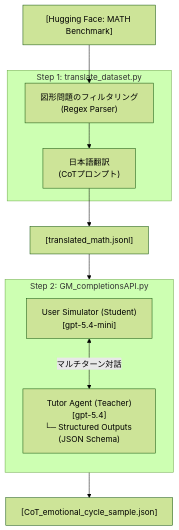
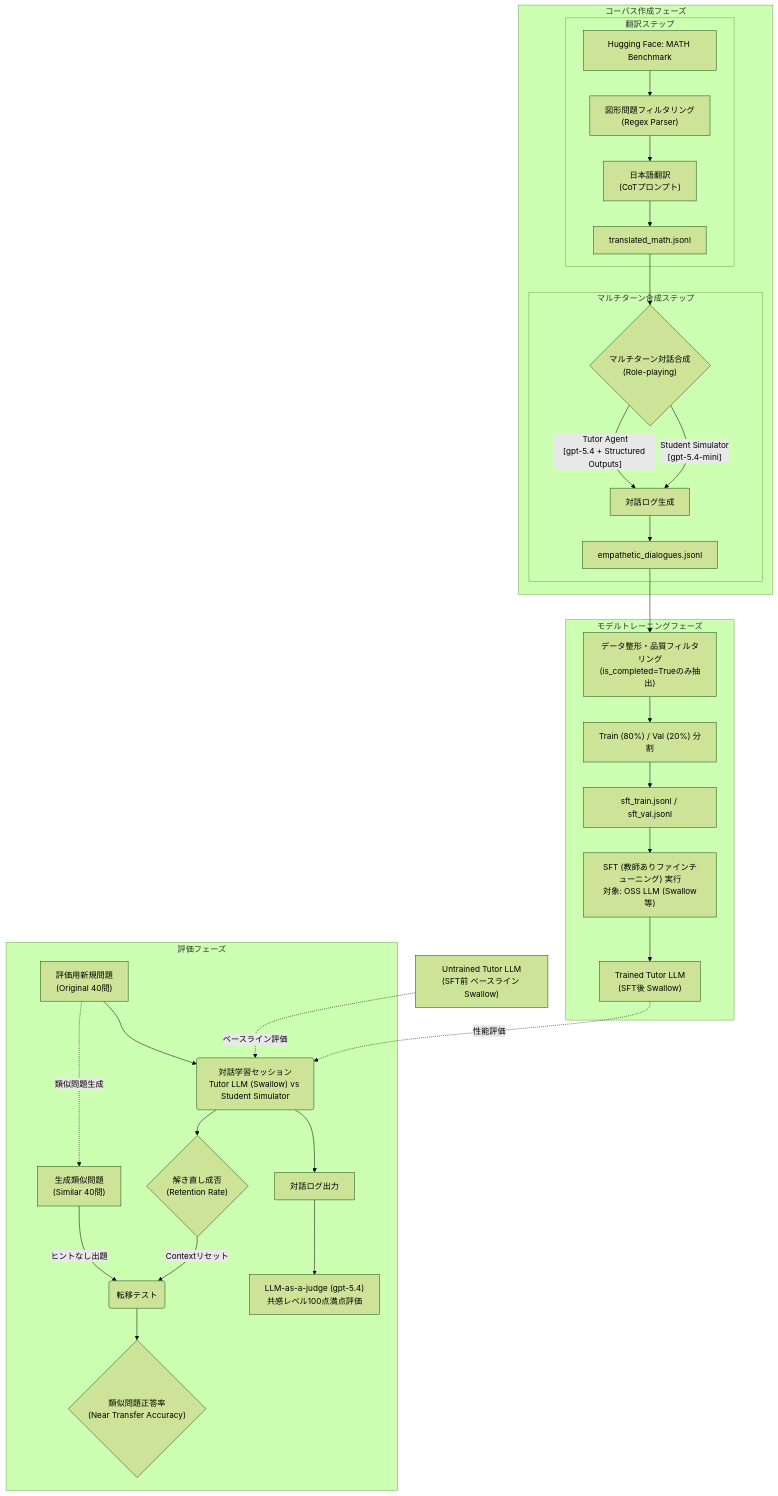
The diagram in README.md (Kohki-tyl/empathetic-AItutor), drawn with Mermaid (forest theme) before and after one commit. The commit also changed other lines of this file, not shown here.

````diff
--- a/README.md
+++ b/README.md
@@ -28,21 +29,41 @@
 ```mermaid
 flowchart TD
-    A["[Hugging Face: MATH Benchmark]"] --> B1
-    
-    subgraph Step1 ["Step 1: translate_dataset.py"]
-        B1["図形問題のフィルタリング<br>(Regex Parser)"]
-        B2["日本語翻訳<br>(CoTプロンプト)"]
-        B1 --> B2
+    subgraph Phase 1: Corpus Creation [コーパス作成フェーズ]
+        subgraph Step 1: Translation [翻訳ステップ]
+            A["Hugging Face: MATH Benchmark"] --> B1["図形問題フィルタリング<br>(Regex Parser)"]
+            B1 --> B2["日本語翻訳<br>(CoTプロンプト)"]
+            B2 --> C["translated_math.jsonl"]
+        end
+        subgraph Step 2: Multi-turn Synthesis [マルチターン合成ステップ]
+            C --> D{"マルチターン対話合成<br>(Role-playing)"}
+            D -- "Student Simulator<br>[gpt-5.4-mini]" --> E["対話ログ生成"]
+            D -- "Tutor Agent<br>[gpt-5.4 + Structured Outputs]" --> E
+            E --> F["empathetic_dialogues.jsonl"]
+        end
+    end
+
+    subgraph Phase 2: Model Training [モデルトレーニングフェーズ]
+        F --> G["データ整形・品質フィルタリング<br>(is_completed=Trueのみ抽出)"]
+        G --> H["Train (80%) / Val (20%) 分割"]
+        H --> I["sft_train.jsonl / sft_val.jsonl"]
+        I --> J["SFT (教師ありファインチューニング) 実行<br>対象: OSS LLM (Swallow等)"]
+        J --> K["Trained Tutor LLM<br>(SFT後 Swallow)"]
+    end
+
+    U["Untrained Tutor LLM<br>(SFT前 ベースライン Swallow)"]
+
+    subgraph Phase 3: Evaluation [評価フェーズ]
+        L["評価用新規問題<br>(Original 40問)"] --> M("対話学習セッション<br>Tutor LLM (Swallow) vs Student Simulator")
+        L -.->|"類似問題生成"| R["生成類似問題<br>(Similar 40問)"]
+        M --> N["対話ログ出力"]
+        N --> O["LLM-as-a-judge (gpt-5.4)<br>共感レベル100点満点評価"]
+        M --> P{"解き直し成否<br>(Retention Rate)"}
+
+        P -->|Contextリセット| Q("転移テスト")
+        R -->|ヒントなし出題| Q
+        Q --> S{"類似問題正答率<br>(Near Transfer Accuracy)"}
     end
     
-    B2 --> C["[translated_math.jsonl]"] --> Step2
-    
-    subgraph Step2 ["Step 2: GM_completionsAPI.py"]
-        direction TB
-        S["User Simulator (Student)<br>[gpt-5.4-mini]"]
-        T["Tutor Agent (Teacher)<br>[gpt-5.4]<br>└─ Structured Outputs (JSON Schema)"]
-        S <-->|"マルチターン対話"| T
-    end
-    
-    Step2 --> D["[CoT_emotional_cycle_sample.json]"]
+    K -.->|"性能評価"| M
+    U -.->|"ベースライン評価"| M
 ```
````
